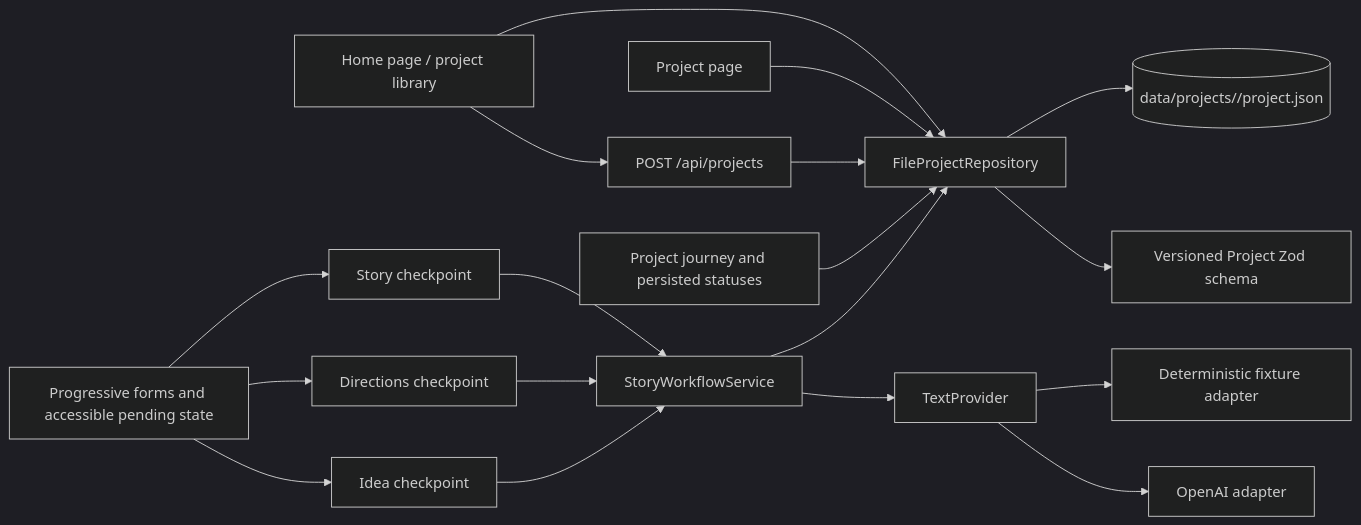
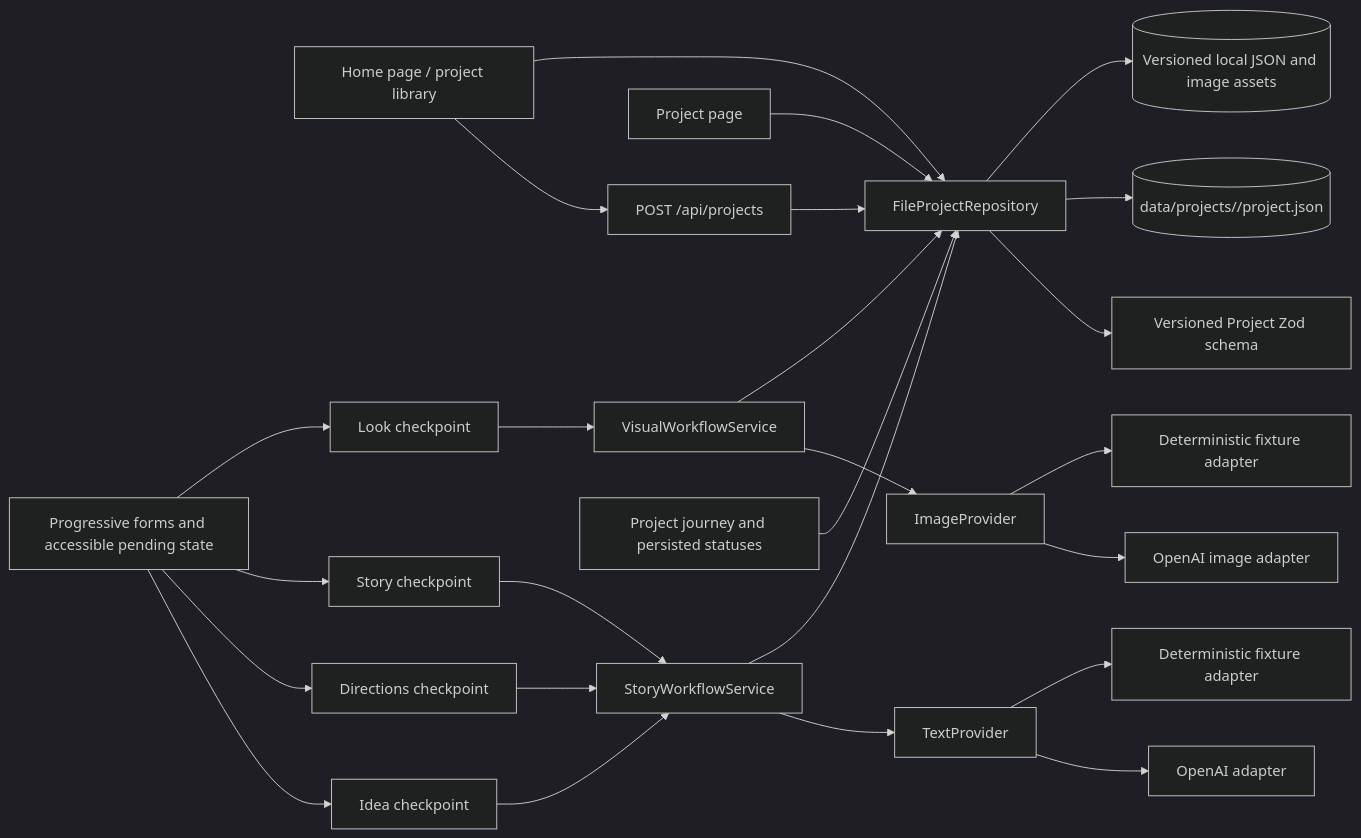
The fourth of 4 diagrams in ARCHITECTURE.md (bhadrip/kids-book-gen), drawn with Mermaid (dark theme) before and after one commit. The commit also changed other lines of this file and 35 other files, not shown here.

````diff
--- a/ARCHITECTURE.md
+++ b/ARCHITECTURE.md
@@ -83,20 +85,27 @@
 ```mermaid
 flowchart LR
   Home[Home page / project library] --> Create[POST /api/projects]
   Create --> Repo[FileProjectRepository]
   Home --> Repo
   Project[Project page] --> Repo
   Idea[Idea checkpoint] --> Workflow[StoryWorkflowService]
   Directions[Directions checkpoint] --> Workflow
   Story[Story checkpoint] --> Workflow
+  Look[Look checkpoint] --> VisualWorkflow[VisualWorkflowService]
   Shell[Project journey and persisted statuses] --> Repo
   Forms[Progressive forms and accessible pending state] --> Idea
   Forms --> Directions
   Forms --> Story
+  Forms --> Look
   Workflow --> Provider[TextProvider]
   Provider --> OpenAI[OpenAI adapter]
   Provider --> Fixture[Deterministic fixture adapter]
   Workflow --> Repo
+  VisualWorkflow --> ImageProvider[ImageProvider]
+  ImageProvider --> OpenAIImages[OpenAI image adapter]
+  ImageProvider --> ImageFixture[Deterministic fixture adapter]
+  VisualWorkflow --> Repo
   Repo --> Schema[Versioned Project Zod schema]
   Repo --> File[(data/projects/<project-id>/project.json)]
+  Repo --> Assets[(Versioned local JSON and image assets)]
 ```
````
